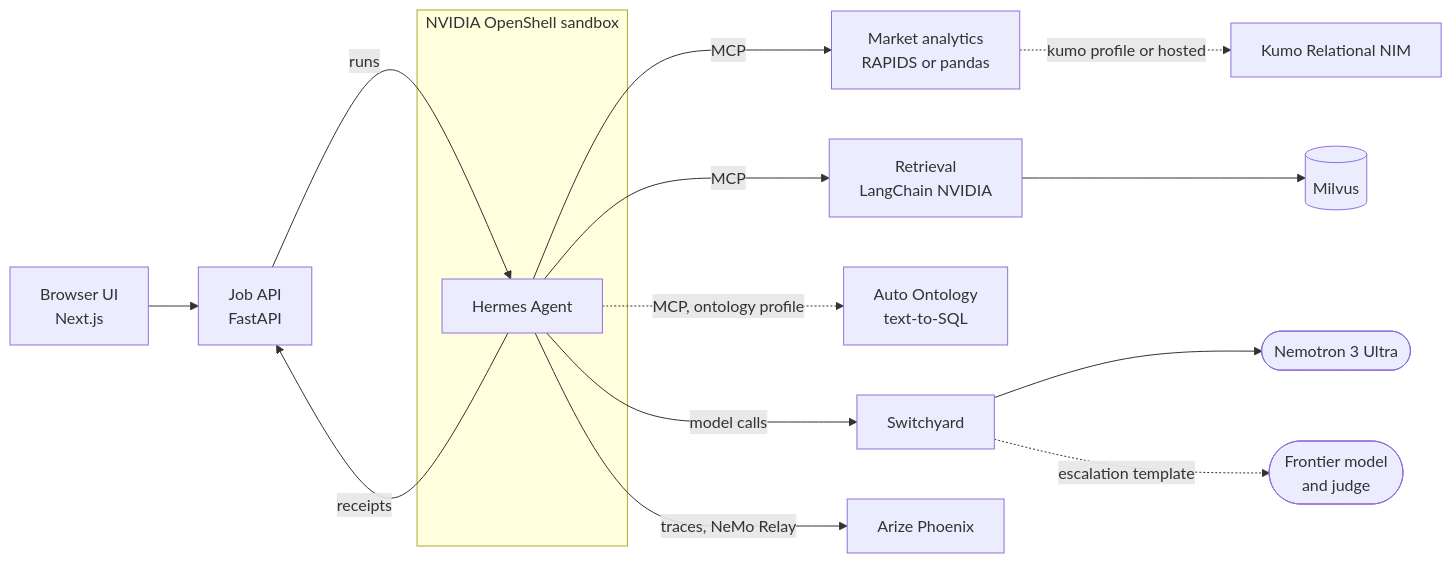
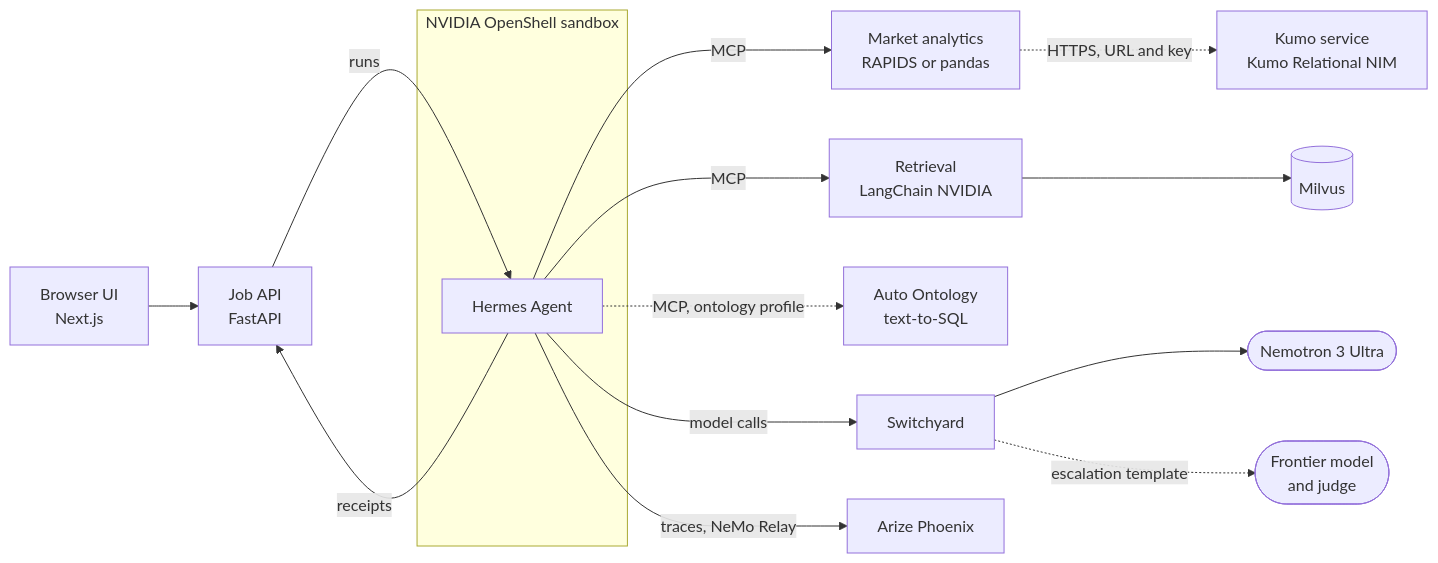
The diagram in README.md (pastorsj/market-analysis-claw-demo), drawn with Mermaid before and after one commit. The commit also changed other lines of this file and 33 other files, not shown here.

````diff
--- a/README.md
+++ b/README.md
@@ -57,18 +58,18 @@
 ```mermaid
 flowchart LR
     ui["Browser UI<br/>Next.js"] --> api["Job API<br/>FastAPI"]
     subgraph sandbox ["NVIDIA OpenShell sandbox"]
         hermes["Hermes Agent"]
     end
     api -->|"runs"| hermes
     hermes -->|"receipts"| api
     hermes -->|"MCP"| analytics["Market analytics<br/>RAPIDS or pandas"]
     hermes -->|"MCP"| retrieval["Retrieval<br/>LangChain NVIDIA"]
     hermes -.->|"MCP, ontology profile"| ontology["Auto Ontology<br/>text-to-SQL"]
-    analytics -.->|"kumo profile or hosted"| kumo["Kumo Relational NIM"]
+    analytics -.->|"HTTPS, URL and key"| kumo["Kumo service<br/>Kumo Relational NIM"]
     retrieval --> milvus[("Milvus")]
     hermes -->|"model calls"| switchyard["Switchyard"]
     switchyard --> nemotron(["Nemotron 3 Ultra"])
     switchyard -.->|"escalation template"| frontier(["Frontier model<br/>and judge"])
     hermes -->|"traces, NeMo Relay"| phoenix["Arize Phoenix"]
 ```
````
